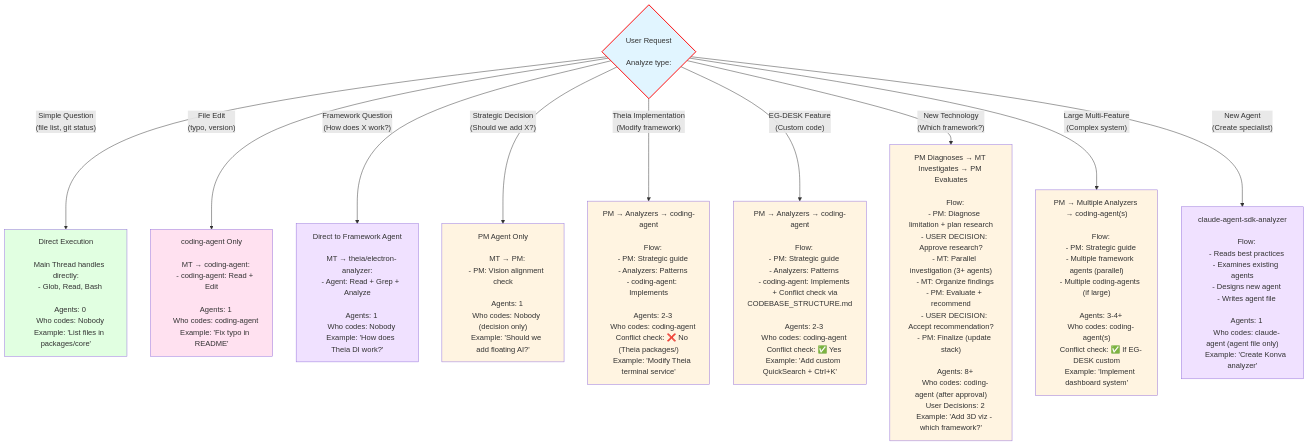
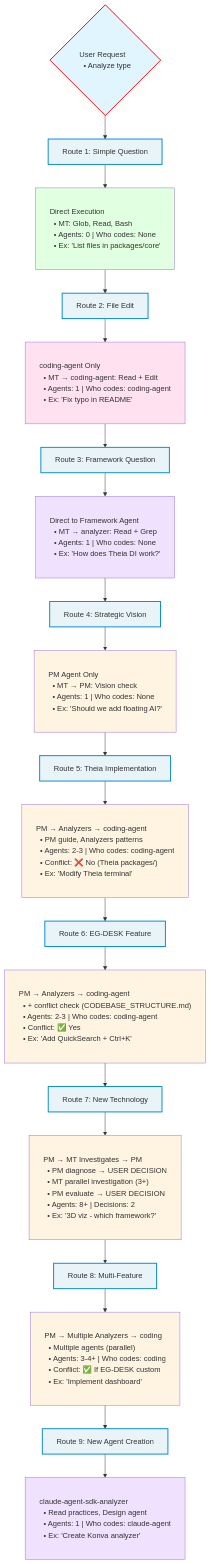
Before and after one commit to QUUS-TheSmallCodeTeam/theia-fork: diagram 14 of 31 in AGENT_SWARM_FLOW_VISUAL.md, drawn with Mermaid. The commit also changed other lines of this file, not shown here.

First line of the commit message:
feat: redesign all mermaid diagrams with vertical flow and left-aligned text

````diff
--- a/AGENT_SWARM_FLOW_VISUAL.md
+++ b/AGENT_SWARM_FLOW_VISUAL.md
@@ -1467,109 +1247,79 @@
 ```mermaid
 flowchart TD
+    classDef wideBox padding:12px 20px,text-align:left,white-space:pre;
+    classDef wideDecision padding:12px 20px,text-align:left,white-space:pre;
+    classDef branchLabel fill:#e8f4f8,stroke:#0288d1,stroke-width:2px,text-align:left,white-space:pre;
+
     Request{"User Request
+  • Analyze type"}:::wideDecision
 
-    Analyze type:"}
+    --> Label1["Route 1: Simple Question"]:::branchLabel
 
-    Request -->|"Simple Question<br/>(file list, git status)"| Route1["Direct Execution
+    --> Route1["Direct Execution
+  • MT: Glob, Read, Bash
+  • Agents: 0 | Who codes: None
+  • Ex: 'List files in packages/core'"]:::wideBox
 
-    Main Thread handles directly:
-    - Glob, Read, Bash
+    --> Label2["Route 2: File Edit"]:::branchLabel
 
-    Agents: 0
-    Who codes: Nobody
-    Example: 'List files in packages/core'"]
+    --> Route2["coding-agent Only
+  • MT → coding-agent: Read + Edit
+  • Agents: 1 | Who codes: coding-agent
+  • Ex: 'Fix typo in README'"]:::wideBox
 
-    Request -->|"File Edit<br/>(typo, version)"| Route2["coding-agent Only
+    --> Label3["Route 3: Framework Question"]:::branchLabel
 
-    MT → coding-agent:
-    - coding-agent: Read + Edit
+    --> Route3["Direct to Framework Agent
+  • MT → analyzer: Read + Grep
+  • Agents: 1 | Who codes: None
+  • Ex: 'How does Theia DI work?'"]:::wideBox
 
-    Agents: 1
-    Who codes: coding-agent
-    Example: 'Fix typo in README'"]
+    --> Label4["Route 4: Strategic Vision"]:::branchLabel
 
-    Request -->|"Framework Question<br/>(How does X work?)"| Route3["Direct to Framework Agent
+    --> Route4["PM Agent Only
+  • MT → PM: Vision check
+  • Agents: 1 | Who codes: None
+  • Ex: 'Should we add floating AI?'"]:::wideBox
 
-    MT → theia/electron-analyzer:
-    - Agent: Read + Grep + Analyze
+    --> Label5["Route 5: Theia Implementation"]:::branchLabel
 
-    Agents: 1
-    Who codes: Nobody
-    Example: 'How does Theia DI work?'"]
+    --> Route5["PM → Analyzers → coding-agent
+  • PM guide, Analyzers patterns
+  • Agents: 2-3 | Who codes: coding-agent
+  • Conflict: ❌ No (Theia packages/)
+  • Ex: 'Modify Theia terminal'"]:::wideBox
 
-    Request -->|"Strategic Decision<br/>(Should we add X?)"| Route4["PM Agent Only
+    --> Label6["Route 6: EG-DESK Feature"]:::branchLabel
 
-    MT → PM:
-    - PM: Vision alignment check
+    --> Route6["PM → Analyzers → coding-agent
+  • + conflict check (CODEBASE_STRUCTURE.md)
+  • Agents: 2-3 | Who codes: coding-agent
+  • Conflict: ✅ Yes
+  • Ex: 'Add QuickSearch + Ctrl+K'"]:::wideBox
 
-    Agents: 1
-    Who codes: Nobody (decision only)
-    Example: 'Should we add floating AI?'"]
+    --> Label7["Route 7: New Technology"]:::branchLabel
 
-    Request -->|"Theia Implementation<br/>(Modify framework)"| Route5["PM → Analyzers → coding-agent
+    --> Route7["PM → MT Investigates → PM
+  • PM diagnose → USER DECISION
+  • MT parallel investigation (3+)
+  • PM evaluate → USER DECISION
+  • Agents: 8+ | Decisions: 2
+  • Ex: '3D viz - which framework?'"]:::wideBox
 
-    Flow:
-    - PM: Strategic guide
-    - Analyzers: Patterns
-    - coding-agent: Implements
+    --> Label8["Route 8: Multi-Feature"]:::branchLabel
 
-    Agents: 2-3
-    Who codes: coding-agent
-    Conflict check: ❌ No (Theia packages/)
-    Example: 'Modify Theia terminal service'"]
+    --> Route8["PM → Multiple Analyzers → coding
+  • Multiple agents (parallel)
+  • Agents: 3-4+ | Who codes: coding
+  • Conflict: ✅ If EG-DESK custom
+  • Ex: 'Implement dashboard'"]:::wideBox
 
-    Request -->|"EG-DESK Feature<br/>(Custom code)"| Route6["PM → Analyzers → coding-agent
+    --> Label9["Route 9: New Agent Creation"]:::branchLabel
 
-    Flow:
-    - PM: Strategic guide
-    - Analyzers: Patterns
-    - coding-agent: Implements
-      + Conflict check via CODEBASE_STRUCTURE.md
-
-    Agents: 2-3
-    Who codes: coding-agent
-    Conflict check: ✅ Yes
-    Example: 'Add custom QuickSearch + Ctrl+K'"]
-
-    Request -->|"New Technology<br/>(Which framework?)"| Route7["PM Diagnoses → MT Investigates → PM Evaluates
-
-    Flow:
-    - PM: Diagnose limitation + plan research
-    - USER DECISION: Approve research?
-    - MT: Parallel investigation (3+ agents)
-    - MT: Organize findings
-    - PM: Evaluate + recommend
-    - USER DECISION: Accept recommendation?
-    - PM: Finalize (update stack)
-
-    Agents: 8+
-    Who codes: coding-agent (after approval)
-    User Decisions: 2
-    Example: 'Add 3D viz - which framework?'"]
-
-    Request -->|"Large Multi-Feature<br/>(Complex system)"| Route8["PM → Multiple Analyzers → coding-agent(s)
-
-    Flow:
-    - PM: Strategic guide
-    - Multiple framework agents (parallel)
-    - Multiple coding-agents (if large)
-
-    Agents: 3-4+
-    Who codes: coding-agent(s)
-    Conflict check: ✅ If EG-DESK custom
-    Example: 'Implement dashboard system'"]
-
-    Request -->|"New Agent<br/>(Create specialist)"| Route9["claude-agent-sdk-analyzer
-
-    Flow:
-    - Reads best practices
-    - Examines existing agents
-    - Designs new agent
-    - Writes agent file
-
-    Agents: 1
-    Who codes: claude-agent (agent file only)
-    Example: 'Create Konva analyzer'"]
+    --> Route9["claude-agent-sdk-analyzer
+  • Read practices, Design agent
+  • Agents: 1 | Who codes: claude-agent
+  • Ex: 'Create Konva analyzer'"]:::wideBox
 
     style Request fill:#e1f5ff,stroke:#ff0000,stroke-width:2px
     style Route1 fill:#e1ffe1
````
